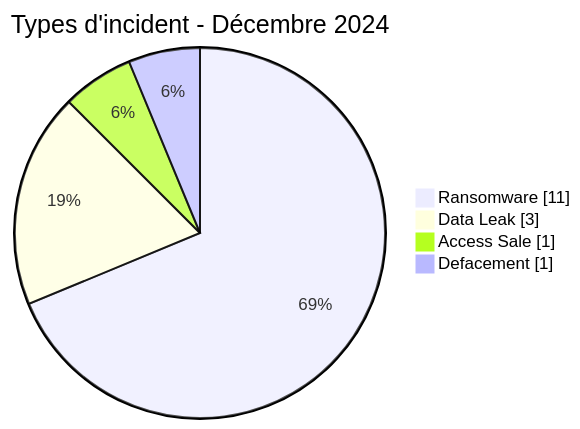
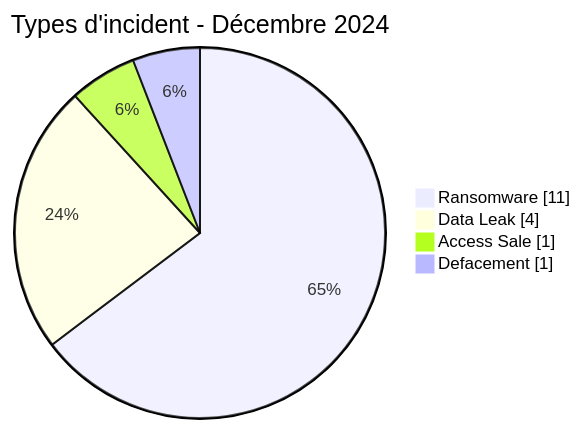
One commit to Hatchepsoute/AFRINTEL changed the first of 2 diagrams in CyberAttackAfrica/2024/12-december/README_FR.md. Above: the diagram before and after it, drawn with Mermaid. The commit also changed other lines of this file and 90 other files, not shown here.

````diff
--- a/CyberAttackAfrica/2024/12-december/README_FR.md
+++ b/CyberAttackAfrica/2024/12-december/README_FR.md
@@ -53,8 +53,8 @@
 ```mermaid
 pie showData
     title Types d'incident - Décembre 2024
     "Ransomware" : 11
-    "Data Leak" : 3
+    "Data Leak" : 4
     "Access Sale" : 1
     "Defacement" : 1
 ```
````
